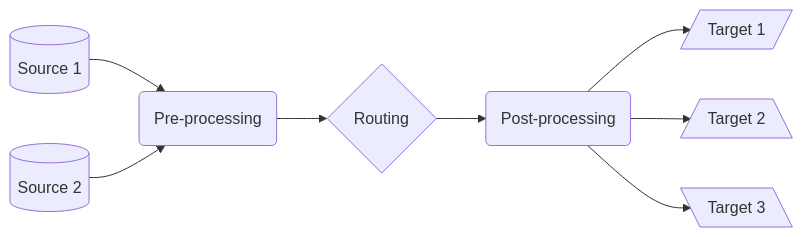
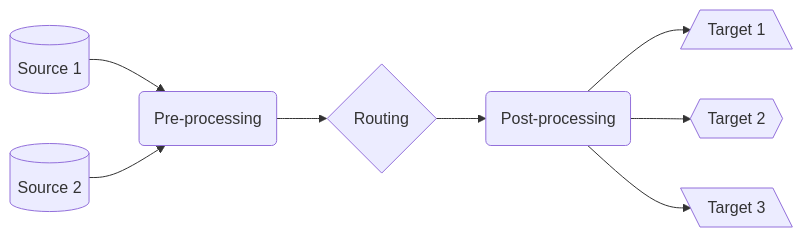
The diagram in docs/administration/pipelines/types/index.mdx (VirtualMetric/virtualmetric-docs), drawn with Mermaid before and after one commit. The commit also changed other lines of this file and 7 other files, not shown here.

````diff
--- a/docs/administration/pipelines/types/index.mdx
+++ b/docs/administration/pipelines/types/index.mdx
@@ -7,10 +39,10 @@
 ```mermaid
 flowchart LR
   A1[("Source 1")] --> B(Pre-processing)
   A2[("Source 2")] --> B(Pre-processing)
   B --> C{Routing}
   C --> D(Post-processing)
-  D --> E1[/"Target 1"/]
-  D --> E2[/"Target 2"\]
+  D --> E1[/"Target 1"\]
+  D --> E2{{"Target 2"}}
   D --> E3[\"Target 3"\]
 ```
````
